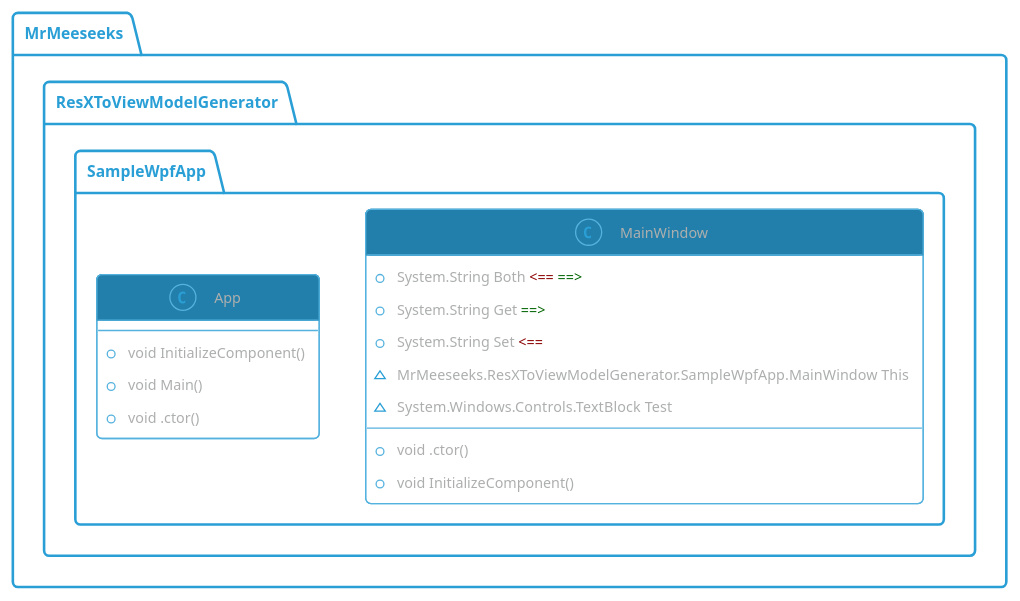
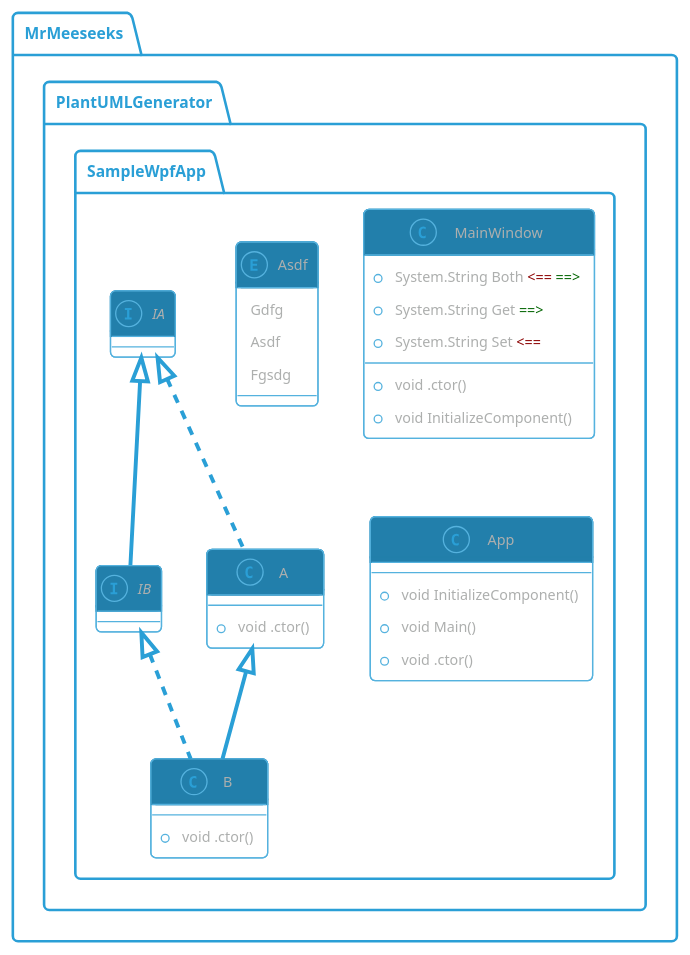
Before and after one commit to Yeah69/MrMeeseeks.PlantUMLGenerator: the diagram in Main/Blah.puml, drawn with PlantUML. The commit also changed 5 other files, not shown here.

```diff
--- a/Main/Blah.puml
+++ b/Main/Blah.puml
@@ -1,18 +1,35 @@
 @startuml
 !theme cyborg-outline
-class MrMeeseeks.ResXToViewModelGenerator.SampleWpfApp.MainWindow {
+enum MrMeeseeks.PlantUMLGenerator.SampleWpfApp.Asdf {
+Gdfg
+Asdf
+Fgsdg
+}
+interface MrMeeseeks.PlantUMLGenerator.SampleWpfApp.IB {
+}
+interface MrMeeseeks.PlantUMLGenerator.SampleWpfApp.IB implements MrMeeseeks.PlantUMLGenerator.SampleWpfApp.IA
+interface MrMeeseeks.PlantUMLGenerator.SampleWpfApp.IA {
+}
+class MrMeeseeks.PlantUMLGenerator.SampleWpfApp.A {
++void .ctor()
+}
+class MrMeeseeks.PlantUMLGenerator.SampleWpfApp.A implements MrMeeseeks.PlantUMLGenerator.SampleWpfApp.IA
+class MrMeeseeks.PlantUMLGenerator.SampleWpfApp.B {
++void .ctor()
+}
+class MrMeeseeks.PlantUMLGenerator.SampleWpfApp.B extends MrMeeseeks.PlantUMLGenerator.SampleWpfApp.A
+class MrMeeseeks.PlantUMLGenerator.SampleWpfApp.B implements MrMeeseeks.PlantUMLGenerator.SampleWpfApp.IB
+class MrMeeseeks.PlantUMLGenerator.SampleWpfApp.MainWindow {
 +void .ctor()
 +System.String Both <font color=darkred><==</font> <font color=darkgreen>==></font>
 +System.String Get <font color=darkgreen>==></font>
 +System.String Set <font color=darkred><==</font>
-~MrMeeseeks.ResXToViewModelGenerator.SampleWpfApp.MainWindow This
-~System.Windows.Controls.TextBlock Test
 +void InitializeComponent()
 }
-class MrMeeseeks.ResXToViewModelGenerator.SampleWpfApp.App {
+class MrMeeseeks.PlantUMLGenerator.SampleWpfApp.App {
 +void InitializeComponent()
 +void Main()
 +void .ctor()
 }
 
 @enduml
```
